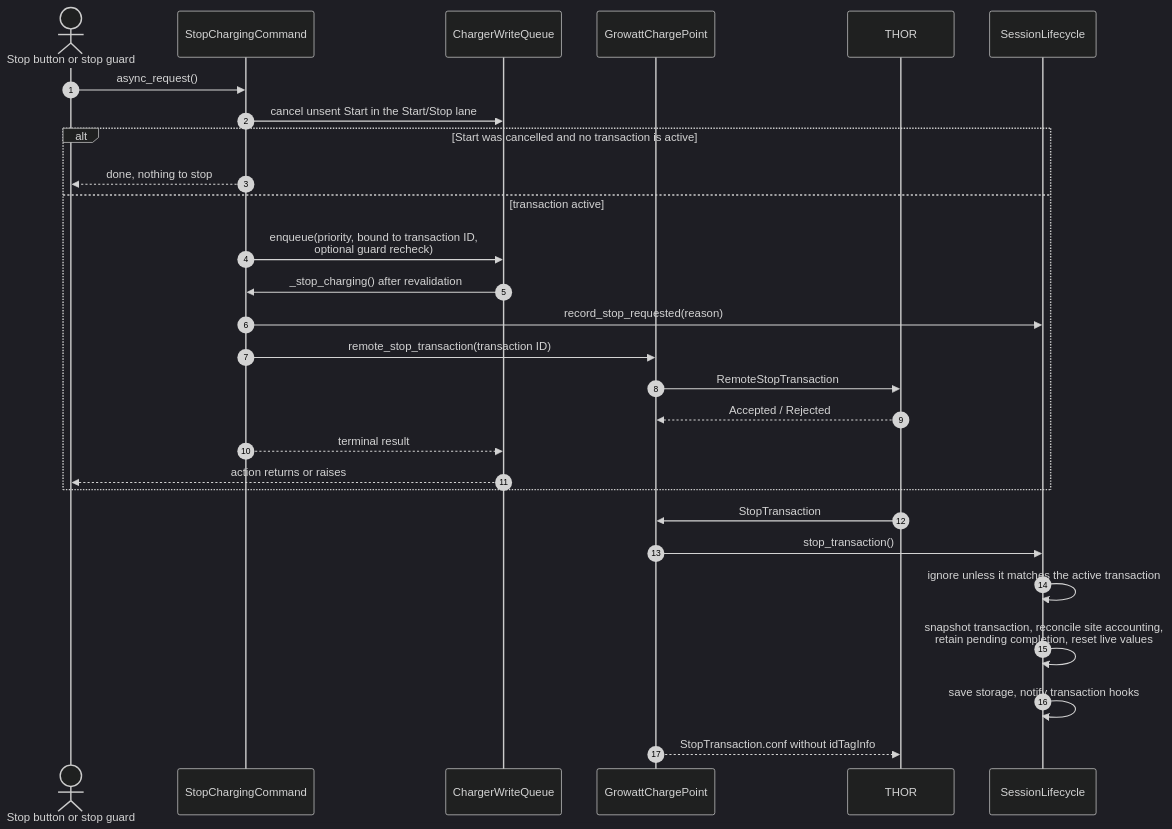
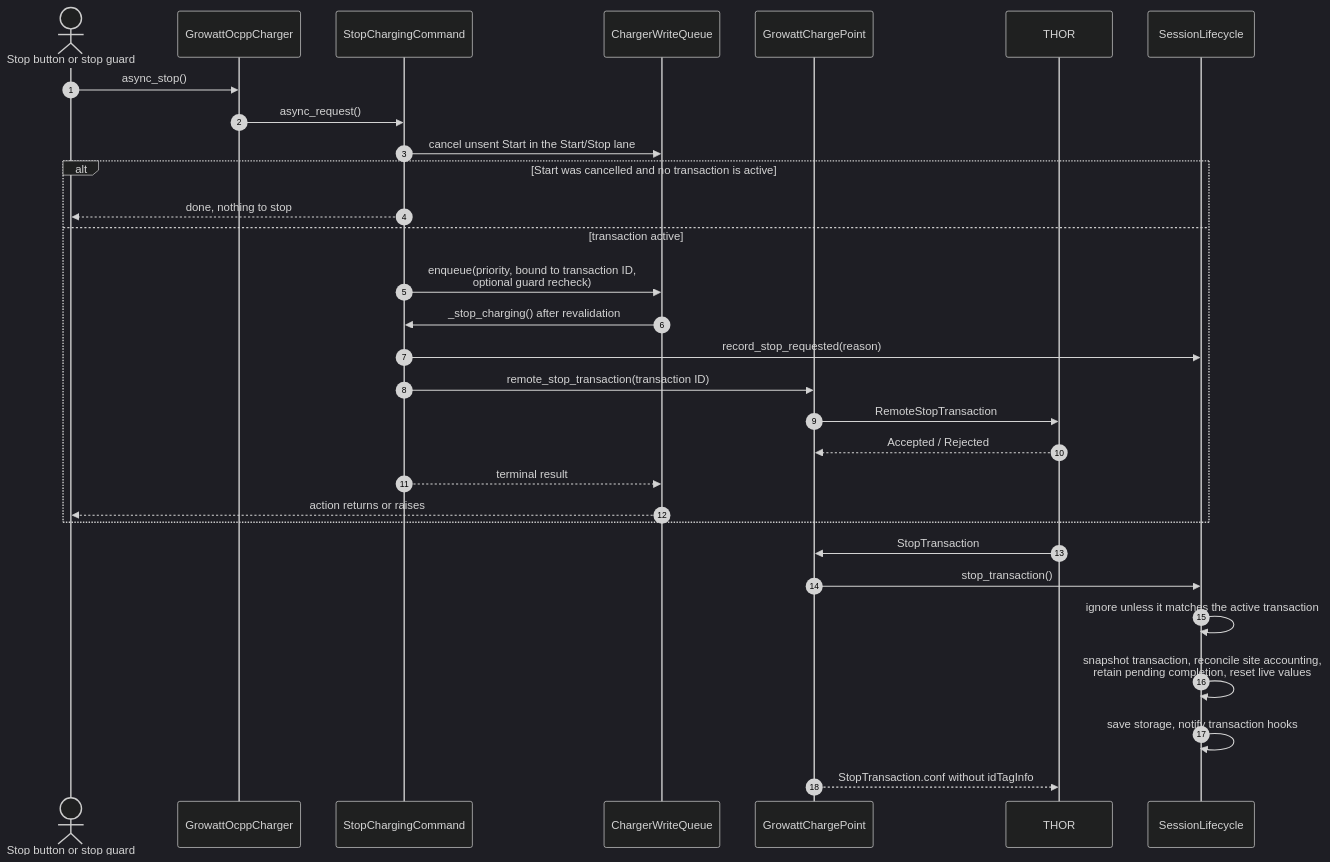
The second of 4 diagrams in docs/runtime-flows.md (bobbesnl/growatt_thor), drawn with Mermaid (dark theme) before and after one commit. The commit also changed 5 other files, not shown here.

First line of the commit message:
refactor(energy): route automatic stop through ChargerControl

````diff
--- a/docs/runtime-flows.md
+++ b/docs/runtime-flows.md
@@ -72,31 +72,33 @@
 ```mermaid
 sequenceDiagram
   autonumber
   actor Source as Stop button or stop guard
+  participant Ctl as GrowattOcppCharger
   participant Cmd as StopChargingCommand
   participant Queue as ChargerWriteQueue
   participant CP as GrowattChargePoint
   participant THOR
   participant Life as SessionLifecycle
 
-  Source->>Cmd: async_request()
+  Source->>Ctl: async_stop()
+  Ctl->>Cmd: async_request()
   Cmd->>Queue: cancel unsent Start in the Start/Stop lane
   alt Start was cancelled and no transaction is active
     Cmd-->>Source: done, nothing to stop
   else transaction active
     Cmd->>Queue: enqueue(priority, bound to transaction ID,<br/>optional guard recheck)
     Queue->>Cmd: _stop_charging() after revalidation
     Cmd->>Life: record_stop_requested(reason)
     Cmd->>CP: remote_stop_transaction(transaction ID)
     CP->>THOR: RemoteStopTransaction
     THOR-->>CP: Accepted / Rejected
     Cmd-->>Queue: terminal result
     Queue-->>Source: action returns or raises
   end
   THOR->>CP: StopTransaction
   CP->>Life: stop_transaction()
   Life->>Life: ignore unless it matches the active transaction
   Life->>Life: snapshot transaction, reconcile site accounting,<br/>retain pending completion, reset live values
   Life->>Life: save storage, notify transaction hooks
   CP-->>THOR: StopTransaction.conf without idTagInfo
 ```
````
